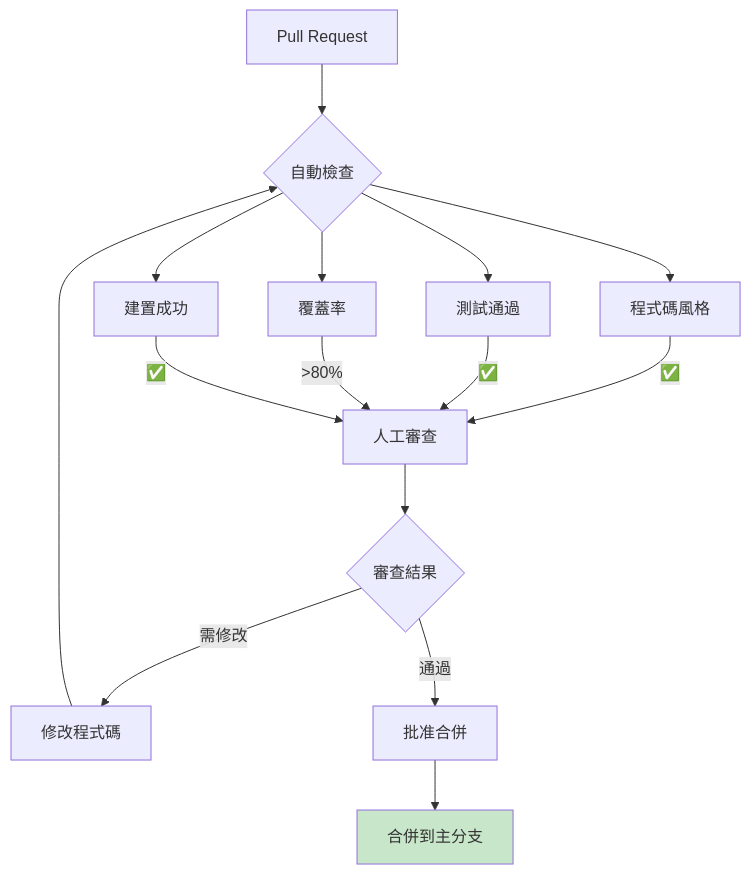
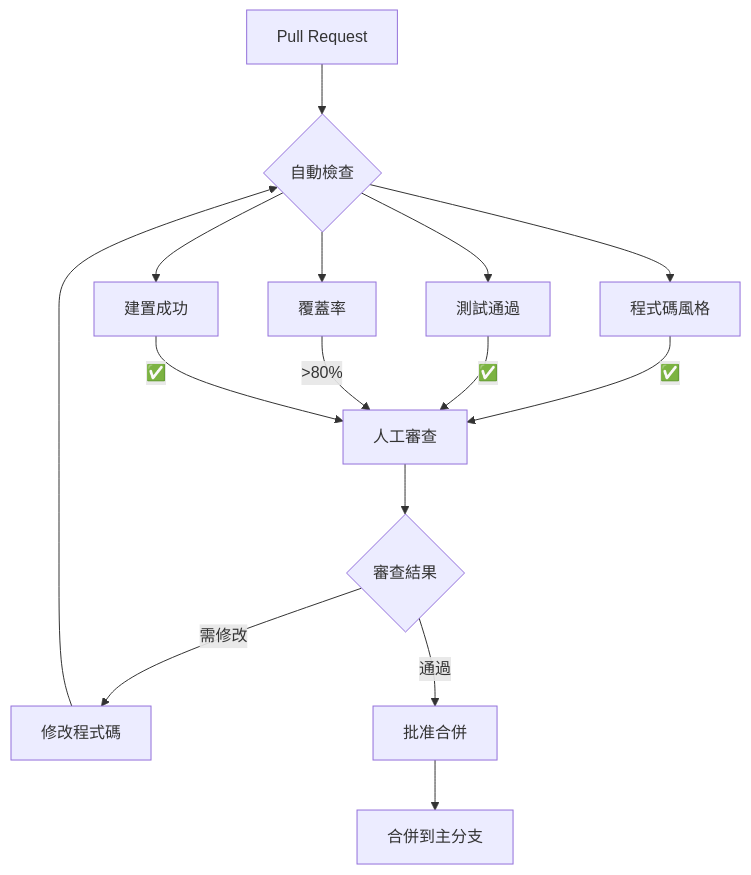
Diagram 23 of 23 in README.md (tboydar/service-booking-api), drawn with Mermaid before and after one commit. The commit also changed other lines of this file and 2 other files, not shown here.

````diff
--- a/README.md
+++ b/README.md
@@ -1621,23 +1580,22 @@
 ```mermaid
 flowchart TD
     PR[Pull Request] --> Checks{自動檢查}
 
     Checks --> Lint[程式碼風格]
     Checks --> Test[測試通過]
     Checks --> Coverage[覆蓋率]
     Checks --> Build[建置成功]
 
     Lint -->|✅| Review[人工審查]
     Test -->|✅| Review
     Coverage -->|>80%| Review
     Build -->|✅| Review
 
     Review --> Feedback{審查結果}
     Feedback -->|需修改| Revise[修改程式碼]
     Feedback -->|通過| Approve[批准合併]
 
     Revise --> Checks
     Approve --> Merge[合併到主分支]
 
-    style Merge fill:#c8e6c9
 ```
````
